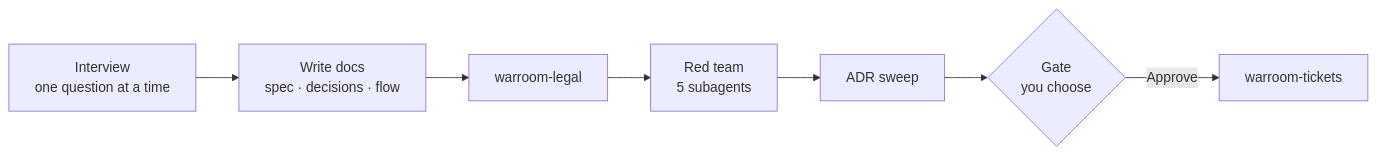
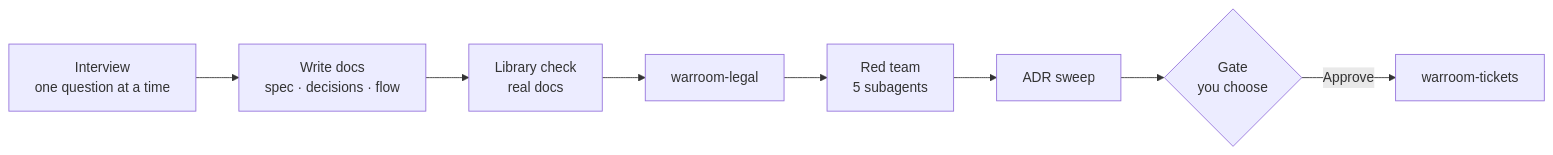
Before and after one commit to mousemouse094526/kiki-kit: the second of 9 diagrams in docs/flow.md, drawn with Mermaid. The commit also changed other lines of this file and 7 other files, not shown here.

````diff
--- a/docs/flow.md
+++ b/docs/flow.md
@@ -85,13 +85,14 @@
 ```mermaid
 flowchart LR
     I["Interview<br/>one question at a time"]
     DOC["Write docs<br/>spec · decisions · flow"]
+    LIB["Library check<br/>real docs"]
     LG["warroom-legal"]
     RT["Red team<br/>5 subagents"]
     S["ADR sweep"]
     G{"Gate<br/>you choose"}
     TK["warroom-tickets"]
 
-    I --> DOC --> LG --> RT --> S --> G
+    I --> DOC --> LIB --> LG --> RT --> S --> G
     G -->|Approve| TK
 ```
````
